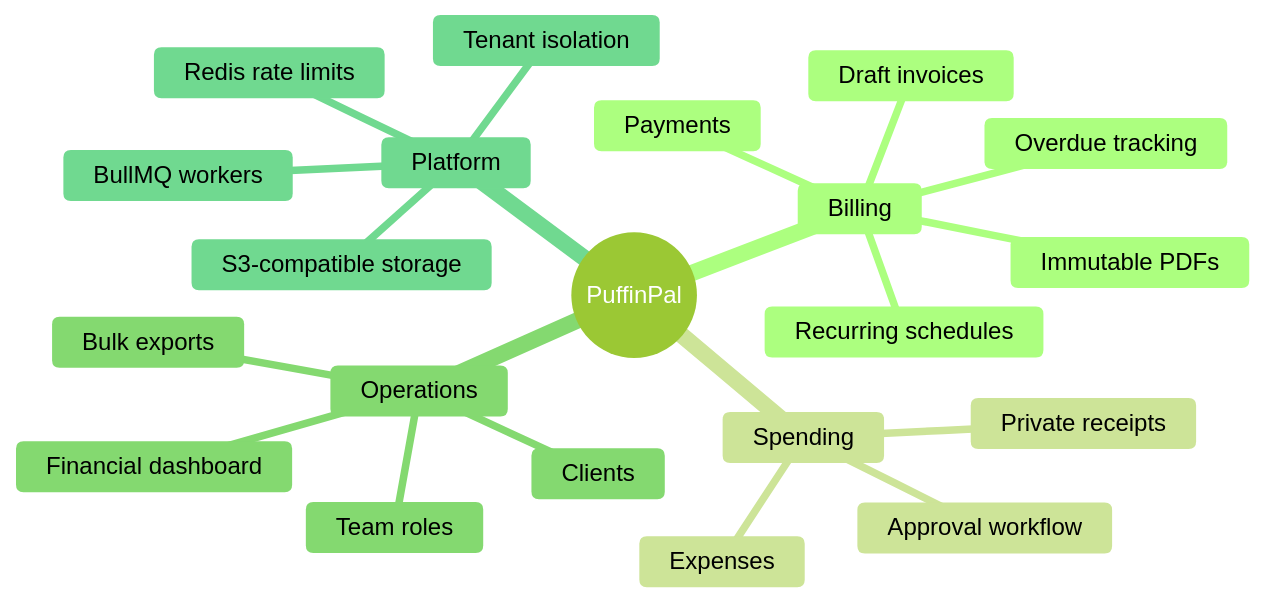
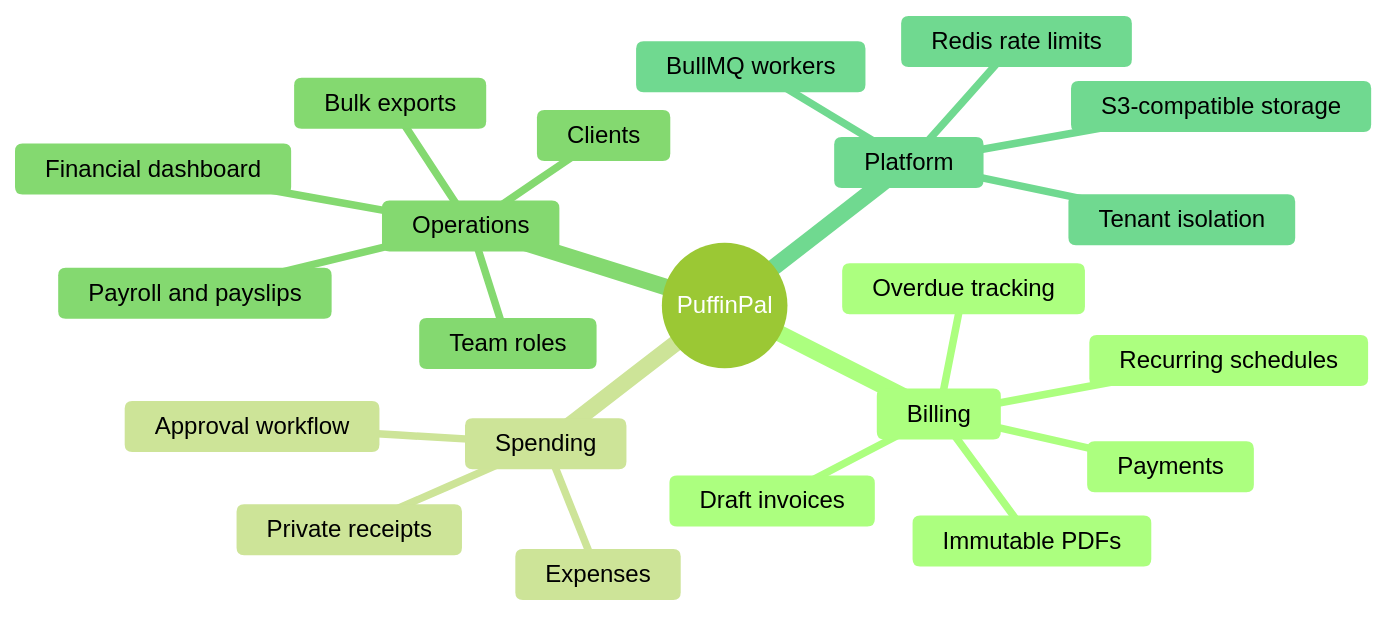
One commit to nirjal-byan/puffin-pal changed the first of 7 diagrams in README.md. Above: the diagram before and after it, drawn with Mermaid (forest theme). The commit also changed other lines of this file and 43 other files, not shown here.

````diff
--- a/README.md
+++ b/README.md
@@ -7,24 +7,25 @@
 ```mermaid
 mindmap
   root((PuffinPal))
     Billing
       Draft invoices
       Immutable PDFs
       Payments
       Overdue tracking
       Recurring schedules
     Spending
       Expenses
       Private receipts
       Approval workflow
     Operations
       Clients
       Team roles
+      Payroll and payslips
       Bulk exports
       Financial dashboard
     Platform
       Tenant isolation
       Redis rate limits
       BullMQ workers
       S3-compatible storage
 ```
````
